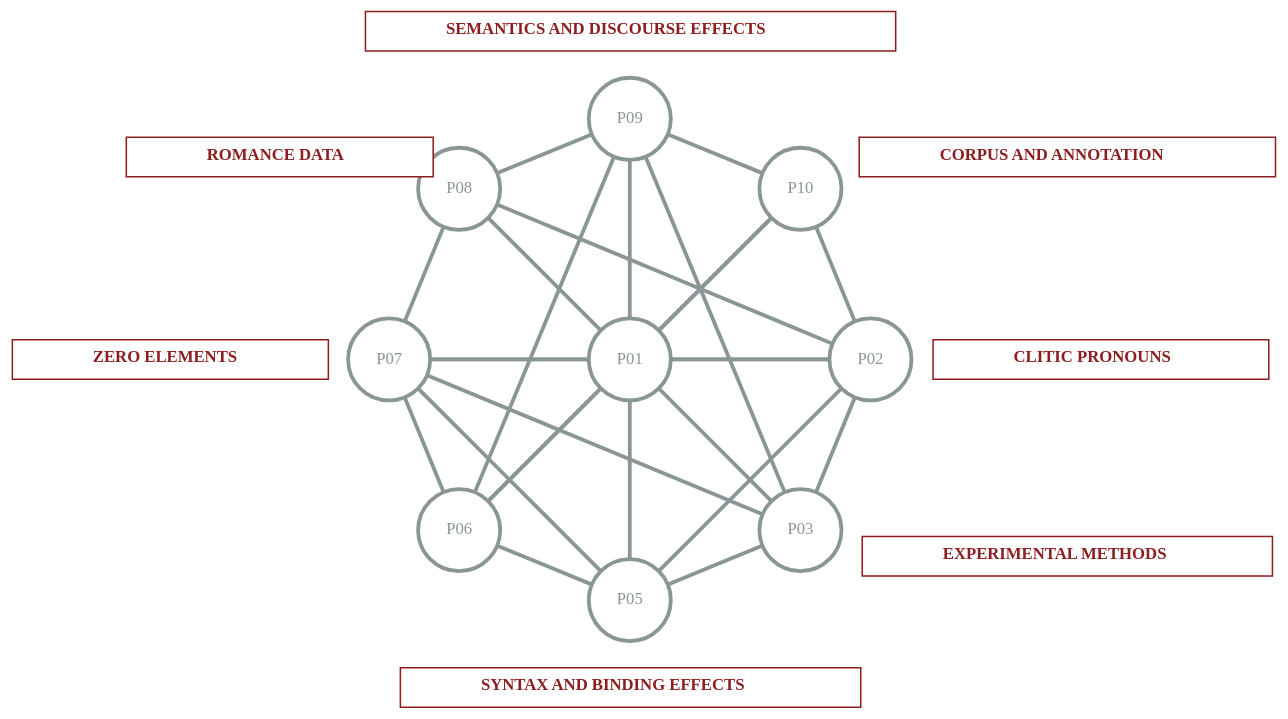
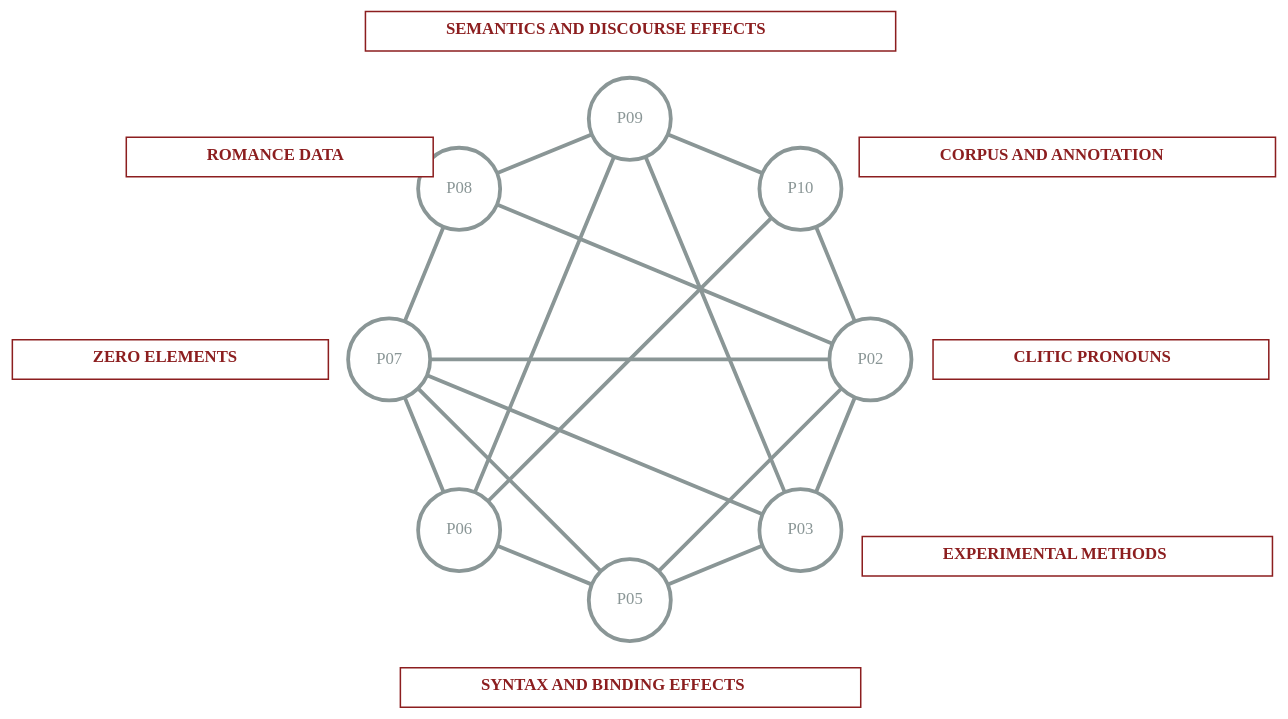
One commit to yanhiz/sfb_redefi changed the diagram in clusters.qmd. Above: the diagram before and after it, drawn with Graphviz. The commit also changed other lines of this file and 50 other files, not shown here.

Commit message:
fixing cluster graph and updating homepage banner

```diff
--- a/clusters.qmd
+++ b/clusters.qmd
@@ -18,7 +18,9 @@
 
 graph clusters {
   layout = neato
-  normalize = true
+  // Positions below are specified in the final display orientation. Keeping
+  // normalization off prevents edge-order changes from rotating the graph.
+  normalize = false
   outputorder = edgesfirst
   bgcolor = transparent
   pad = 0.25
@@ -47,19 +49,11 @@
   // PROJECT NODES
   // --------------------------------------------------
 
-    p01 [
-    label = "P01",
-    URL = "subprojects/P01.html",
-    tooltip = "Open project P01",
-    pos = "0,0!",
-    class = "cluster-project p01-hub"
-  ]
-
   p02 [
     label = "P02",
     URL = "subprojects/P02.html",
     tooltip = "Open project P02",
-    pos = "0,2.2!",
+    pos = "2.2,0!",
     class = "cluster-project c-experimental c-corpus c-syntax c-semantics"
   ]
 
@@ -67,7 +61,7 @@
     label = "P03",
     URL = "subprojects/P03.html",
     tooltip = "Open project P03",
-    pos = "1.56,1.56!",
+    pos = "1.56,-1.56!",
     class = "cluster-project c-zero c-syntax c-semantics"
   ]
 
@@ -75,7 +69,7 @@
     label = "P05",
     URL = "subprojects/P05.html",
     tooltip = "Open project P05",
-    pos = "2.2,0!",
+    pos = "0,-2.2!",
     class = "cluster-project c-experimental c-syntax c-semantics"
   ]
 
@@ -83,7 +77,7 @@
     label = "P06",
     URL = "subprojects/P06.html",
     tooltip = "Open project P06",
-    pos = "1.56,-1.56!",
+    pos = "-1.56,-1.56!",
     class = "cluster-project c-romance c-clitic c-syntax"
   ]
 
@@ -91,7 +85,7 @@
     label = "P07",
     URL = "subprojects/P07.html",
     tooltip = "Open project P07",
-    pos = "0,-2.2!",
+    pos = "-2.2,0!",
     class = "cluster-project c-romance c-experimental c-corpus c-clitic c-zero c-semantics"
   ]
 
@@ -99,7 +93,7 @@
     label = "P08",
     URL = "subprojects/P08.html",
     tooltip = "Open project P08",
-    pos = "-1.56,-1.56!",
+    pos = "-1.56,1.56!",
     class = "cluster-project c-romance c-experimental c-corpus c-clitic c-zero c-semantics"
   ]
 
@@ -107,7 +101,7 @@
     label = "P09",
     URL = "subprojects/P09.html",
     tooltip = "Open project P09",
-    pos = "-2.2,0!",
+    pos = "0,2.2!",
     class = "cluster-project c-romance c-experimental c-clitic c-zero c-semantics"
   ]
 
@@ -115,25 +109,9 @@
     label = "P10",
     URL = "subprojects/P10.html",
     tooltip = "Open project P10",
-    pos = "-1.56,1.56!",
+    pos = "1.56,1.56!",
     class = "cluster-project c-experimental c-syntax c-semantics"
   ]
-
-
-  // --------------------------------------------------
-  // CENTRAL P01 CONNECTIONS
-  // --------------------------------------------------
-
-p01 -- p02 [class = "base-edge p01-edge"]
-p01 -- p03 [class = "base-edge p01-edge"]
-p01 -- p05 [class = "base-edge p01-edge"]
-p01 -- p06 [class = "base-edge p01-edge"]
-p01 -- p07 [class = "base-edge p01-edge"]
-p01 -- p08 [class = "base-edge p01-edge"]
-p01 -- p09 [class = "base-edge p01-edge"]
-p01 -- p10 [class = "base-edge p01-edge"]
-
-
 
   // --------------------------------------------------
   // REDUCED CLUSTER CONNECTIONS
@@ -142,7 +120,6 @@
   // If an edge belongs to several clusters, it receives
   // several cluster classes.
   // --------------------------------------------------
-
 
   // P06 -- P07
   // Romance + Clitic pronouns
@@ -200,7 +177,7 @@
   p02 -- p07 [
     class = "cluster-edge c-corpus"
   ]
-  
+
   p02 -- p08 [
   class = "cluster-edge c-corpus"
   ]
@@ -245,7 +222,7 @@
   romance_label [
     shape = plain,
     fixedsize = false,
-    pos = "-1.85,-3.2!",
+    pos = "-3.2,1.85!",
     URL = "clusters/romance.html",
     tooltip = "Open the Romance cluster",
     target = "_top",
@@ -275,7 +252,7 @@
   experimental_methods_label [
     shape = plain,
     fixedsize = false,
-    pos = "1.8,4.0!",
+    pos = "4.0,-1.8!",
     URL = "clusters/experimental-methods.html",
     tooltip = "Open the Experimental methods cluster",
     target = "_top",
@@ -304,7 +281,7 @@
   clitic_pronouns_label [
     shape = plain,
     fixedsize = false,
-    pos = "0,4.3!",
+    pos = "4.3,0!",
     URL = "clusters/clitic-pronouns.html",
     tooltip = "Open the Clitic pronouns cluster",
     target = "_top",
@@ -333,7 +310,7 @@
   zero_elements_label [
     shape = plain,
     fixedsize = false,
-    pos = "0,-4.2!",
+    pos = "-4.2,0!",
     URL = "clusters/zero-elements.html",
     tooltip = "Open the Zero elements cluster",
     target = "_top",
@@ -362,7 +339,7 @@
   semantics_discourse_label [
     shape = plain,
     fixedsize = false,
-    pos = "-3,0.0!",
+    pos = "0,3!",
     URL = "clusters/semantics-and-discourse-effects.html",
     tooltip = "Open the Semantics and discourse effects cluster",
     target = "_top",
@@ -391,7 +368,7 @@
   corpus_annotation_label [
     shape = plain,
     fixedsize = false,
-    pos = "-1.85,4.0!",
+    pos = "4.0,1.85!",
     URL = "clusters/corpus-and-annotation.html",
     tooltip = "Open the Corpus and annotation cluster",
     target = "_top",
@@ -420,7 +397,7 @@
   syntax_binding_label [
     shape = plain,
     fixedsize = false,
-    pos = "3.0,0!",
+    pos = "0,-3.0!",
     URL = "clusters/syntax-and-binding-effects.html",
     tooltip = "Open the Syntax and binding effects cluster",
     target = "_top",
```
